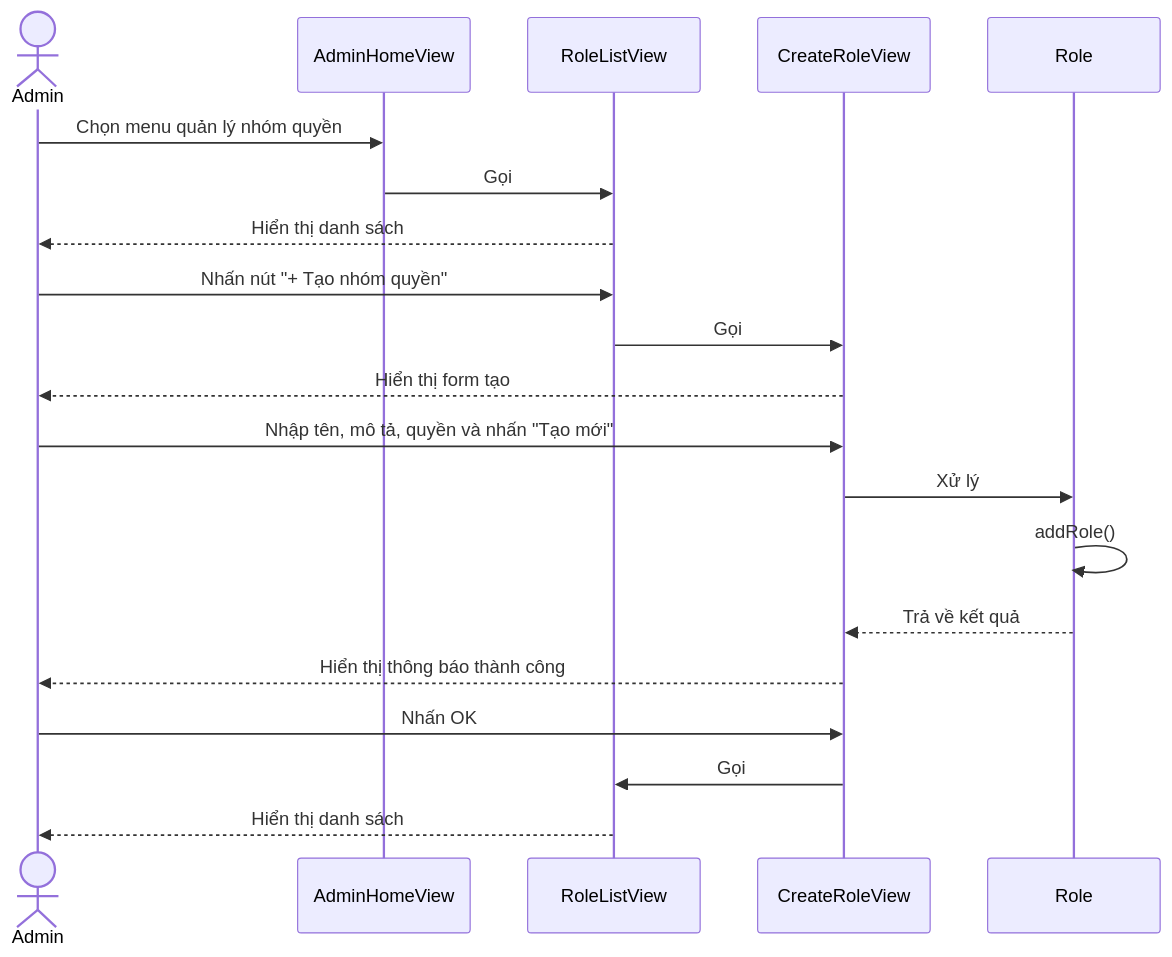
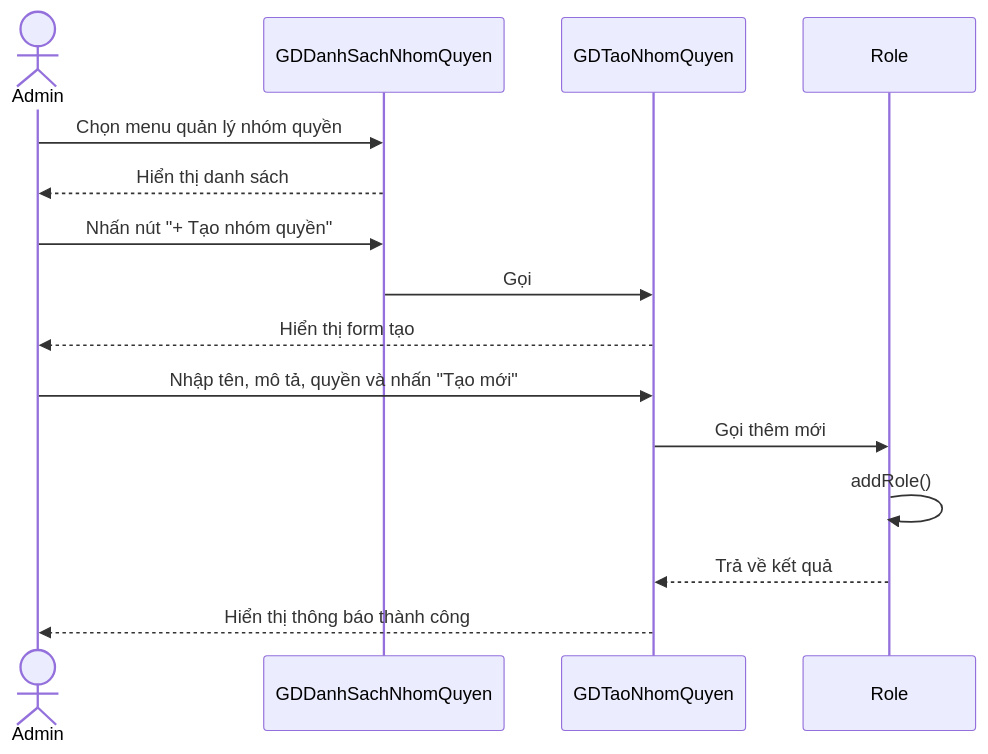
The ninth of 44 diagrams in SYSTEM_DESIGN_ADMIN_SETTING_PROFILE.md (Hieuit04/Travel-Tour-Booking), drawn with Mermaid before and after one commit. The commit also changed other lines of this file and 35 other files, not shown here.

Commit message:
hiển thị dữ liệu ra top header

````diff
--- a/SYSTEM_DESIGN_ADMIN_SETTING_PROFILE.md
+++ b/SYSTEM_DESIGN_ADMIN_SETTING_PROFILE.md
@@ -323,23 +942,18 @@
 ```mermaid
 sequenceDiagram
     actor Admin
-    participant AdminHomeView
-    participant RoleListView
-    participant CreateRoleView
+    participant GDDanhSachNhomQuyen
+    participant GDTaoNhomQuyen
     participant Role
 
-    Admin->>AdminHomeView: Chọn menu quản lý nhóm quyền
-    AdminHomeView->>RoleListView: Gọi
-    RoleListView-->>Admin: Hiển thị danh sách
-    Admin->>RoleListView: Nhấn nút "+ Tạo nhóm quyền"
-    RoleListView->>CreateRoleView: Gọi
-    CreateRoleView-->>Admin: Hiển thị form tạo
-    Admin->>CreateRoleView: Nhập tên, mô tả, quyền và nhấn "Tạo mới"
-    CreateRoleView->>Role: Xử lý
+    Admin->>GDDanhSachNhomQuyen: Chọn menu quản lý nhóm quyền
+    GDDanhSachNhomQuyen-->>Admin: Hiển thị danh sách
+    Admin->>GDDanhSachNhomQuyen: Nhấn nút "+ Tạo nhóm quyền"
+    GDDanhSachNhomQuyen->>GDTaoNhomQuyen: Gọi
+    GDTaoNhomQuyen-->>Admin: Hiển thị form tạo
+    Admin->>GDTaoNhomQuyen: Nhập tên, mô tả, quyền và nhấn "Tạo mới"
+    GDTaoNhomQuyen->>Role: Gọi thêm mới
     Role->>Role: addRole()
-    Role-->>CreateRoleView: Trả về kết quả
-    CreateRoleView-->>Admin: Hiển thị thông báo thành công
-    Admin->>CreateRoleView: Nhấn OK
-    CreateRoleView->>RoleListView: Gọi
-    RoleListView-->>Admin: Hiển thị danh sách
+    Role-->>GDTaoNhomQuyen: Trả về kết quả
+    GDTaoNhomQuyen-->>Admin: Hiển thị thông báo thành công
 ```
````
